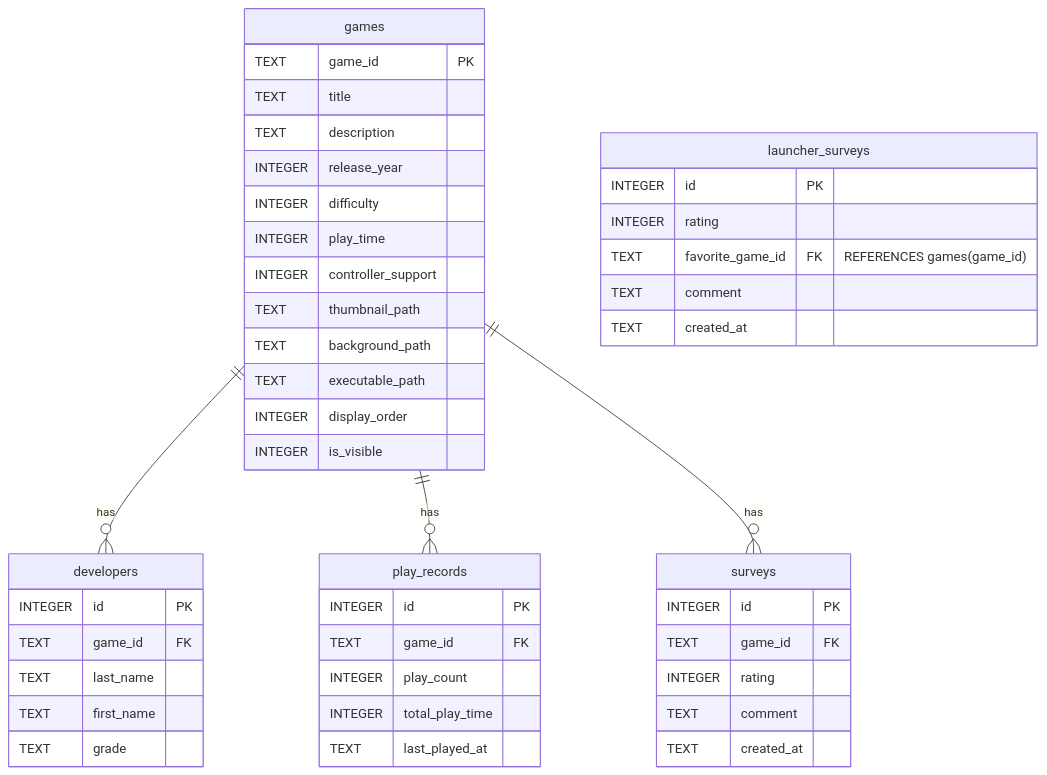
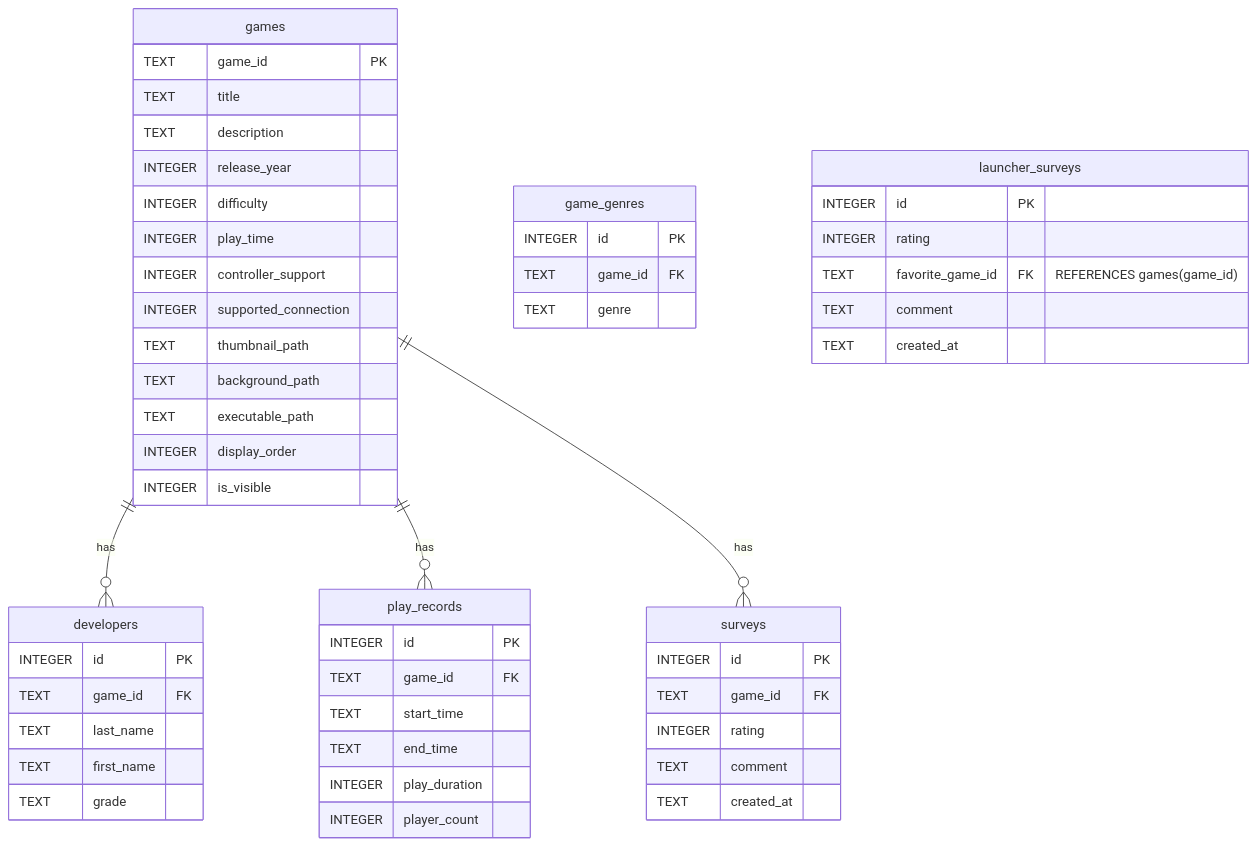
Before and after one commit to ken1208git/TonePrism: the second of 2 diagrams in SPECIFICATION.md, drawn with Mermaid. The commit also changed other lines of this file and 17 other files, not shown here.

````diff
--- a/SPECIFICATION.md
+++ b/SPECIFICATION.md
@@ -1294,48 +1316,55 @@
 ```mermaid
 erDiagram
     games ||--o{ developers : "has"
     games ||--o{ play_records : "has"
     games ||--o{ surveys : "has"
     games {
         TEXT game_id PK
         TEXT title
         TEXT description
         INTEGER release_year
         INTEGER difficulty
         INTEGER play_time
         INTEGER controller_support
+        INTEGER supported_connection
         TEXT thumbnail_path
         TEXT background_path
         TEXT executable_path
         INTEGER display_order
         INTEGER is_visible
     }
     developers {
         INTEGER id PK
         TEXT game_id FK
         TEXT last_name
         TEXT first_name
         TEXT grade
     }
     play_records {
         INTEGER id PK
         TEXT game_id FK
-        INTEGER play_count
-        INTEGER total_play_time
-        TEXT last_played_at
+        TEXT start_time
+        TEXT end_time
+        INTEGER play_duration
+        INTEGER player_count
+    }
+    game_genres {
+        INTEGER id PK
+        TEXT game_id FK
+        TEXT genre
     }
     surveys {
         INTEGER id PK
         TEXT game_id FK
         INTEGER rating
         TEXT comment
         TEXT created_at
     }
     launcher_surveys {
         INTEGER id PK
         INTEGER rating
         TEXT favorite_game_id FK "REFERENCES games(game_id)"
         TEXT comment
         TEXT created_at
     }
 ```
````
